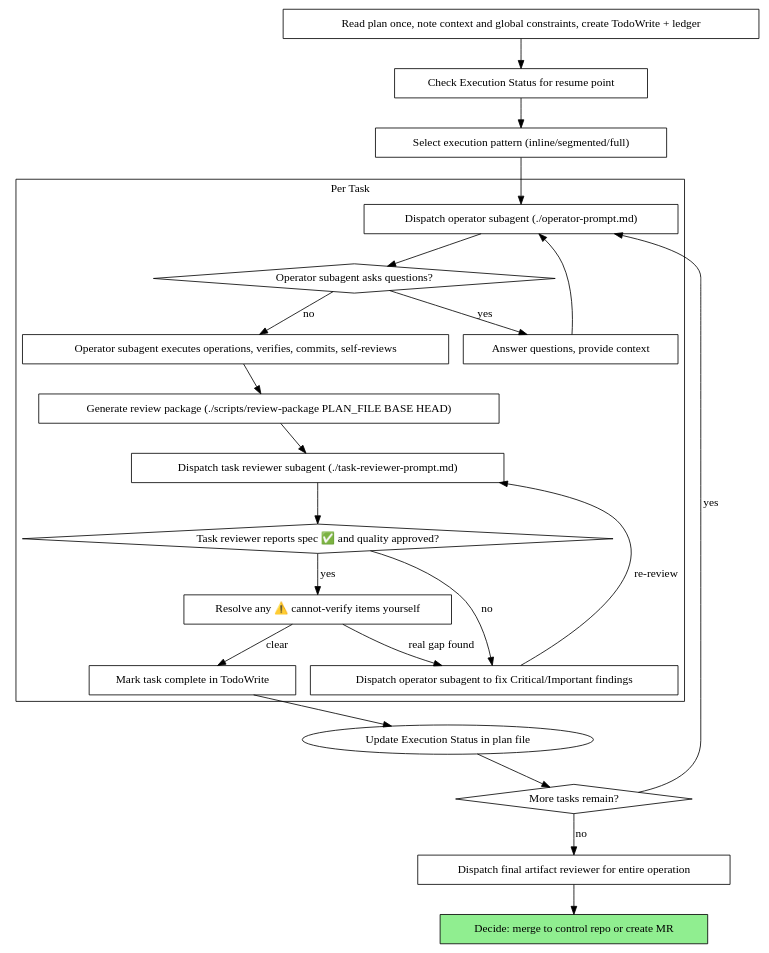
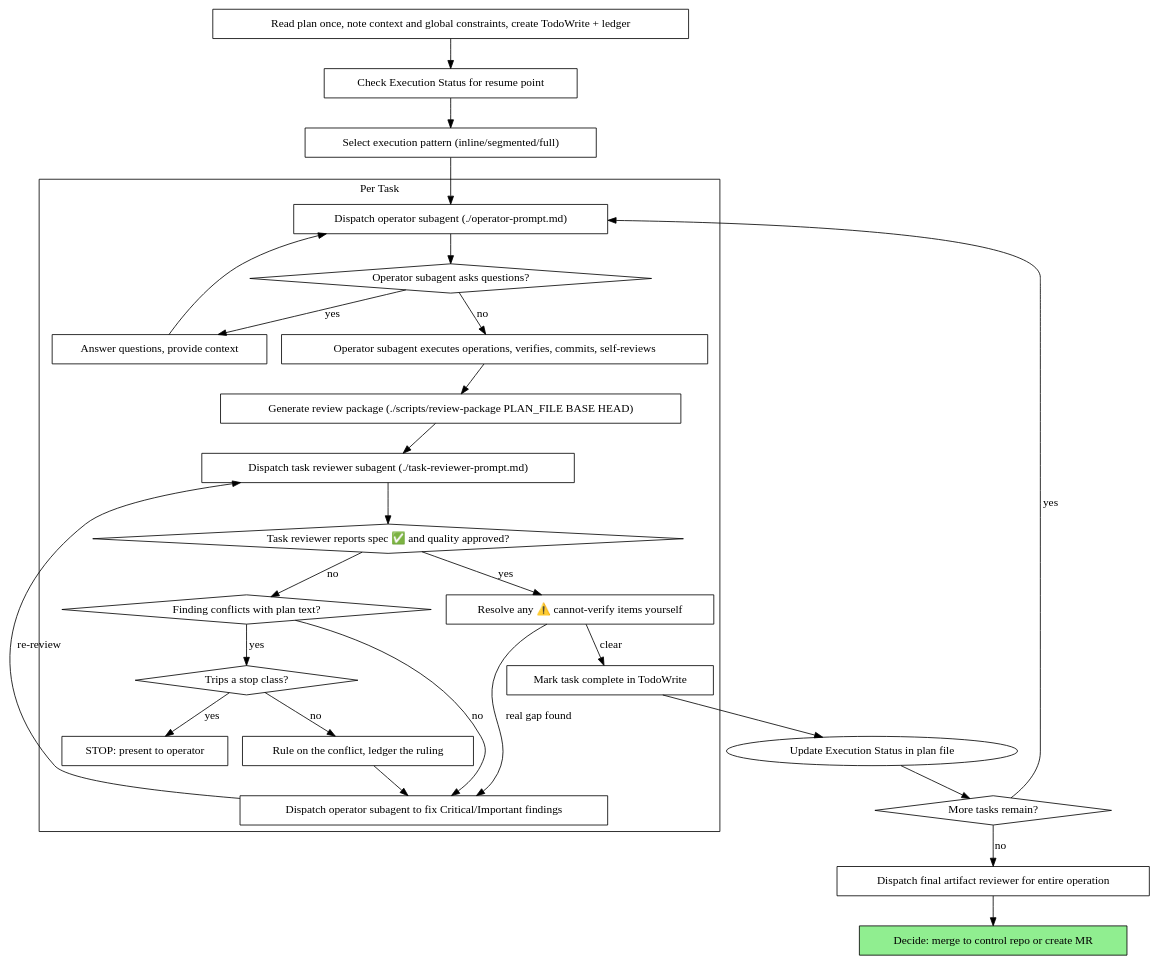
One commit to yg-codes/srepowers changed the second of 2 diagrams in plugins/srepowers-core/skills/subagent-driven-operation/SKILL.md. Above: the diagram before and after it, drawn with Graphviz. The commit also changed other lines of this file and 21 other files, not shown here.

````diff
--- a/plugins/srepowers-core/skills/subagent-driven-operation/SKILL.md
+++ b/plugins/srepowers-core/skills/subagent-driven-operation/SKILL.md
@@ -109,47 +126,56 @@
 ```dot
 digraph process {
     rankdir=TB;
 
     subgraph cluster_per_task {
         label="Per Task";
         "Dispatch operator subagent (./operator-prompt.md)" [shape=box];
         "Operator subagent asks questions?" [shape=diamond];
         "Answer questions, provide context" [shape=box];
         "Operator subagent executes operations, verifies, commits, self-reviews" [shape=box];
         "Generate review package (./scripts/review-package PLAN_FILE BASE HEAD)" [shape=box];
         "Dispatch task reviewer subagent (./task-reviewer-prompt.md)" [shape=box];
         "Task reviewer reports spec ✅ and quality approved?" [shape=diamond];
         "Resolve any ⚠️ cannot-verify items yourself" [shape=box];
         "Dispatch operator subagent to fix Critical/Important findings" [shape=box];
+        "Finding conflicts with plan text?" [shape=diamond];
+        "Trips a stop class?" [shape=diamond];
+        "Rule on the conflict, ledger the ruling" [shape=box];
+        "STOP: present to operator" [shape=box];
         "Mark task complete in TodoWrite" [shape=box];
     }
 
     "Read plan once, note context and global constraints, create TodoWrite + ledger" [shape=box];
     "Check Execution Status for resume point" [shape=box];
     "Select execution pattern (inline/segmented/full)" [shape=box];
     "More tasks remain?" [shape=diamond];
     "Dispatch final artifact reviewer for entire operation" [shape=box];
     "Decide: merge to control repo or create MR" [shape=box style=filled fillcolor=lightgreen];
 
     "Read plan once, note context and global constraints, create TodoWrite + ledger" -> "Check Execution Status for resume point";
     "Check Execution Status for resume point" -> "Select execution pattern (inline/segmented/full)";
     "Select execution pattern (inline/segmented/full)" -> "Dispatch operator subagent (./operator-prompt.md)";
     "Dispatch operator subagent (./operator-prompt.md)" -> "Operator subagent asks questions?";
     "Operator subagent asks questions?" -> "Answer questions, provide context" [label="yes"];
     "Answer questions, provide context" -> "Dispatch operator subagent (./operator-prompt.md)";
     "Operator subagent asks questions?" -> "Operator subagent executes operations, verifies, commits, self-reviews" [label="no"];
     "Operator subagent executes operations, verifies, commits, self-reviews" -> "Generate review package (./scripts/review-package PLAN_FILE BASE HEAD)";
     "Generate review package (./scripts/review-package PLAN_FILE BASE HEAD)" -> "Dispatch task reviewer subagent (./task-reviewer-prompt.md)";
     "Dispatch task reviewer subagent (./task-reviewer-prompt.md)" -> "Task reviewer reports spec ✅ and quality approved?";
-    "Task reviewer reports spec ✅ and quality approved?" -> "Dispatch operator subagent to fix Critical/Important findings" [label="no"];
+    "Task reviewer reports spec ✅ and quality approved?" -> "Finding conflicts with plan text?" [label="no"];
+    "Finding conflicts with plan text?" -> "Trips a stop class?" [label="yes"];
+    "Finding conflicts with plan text?" -> "Dispatch operator subagent to fix Critical/Important findings" [label="no"];
+    "Trips a stop class?" -> "STOP: present to operator" [label="yes"];
+    "Trips a stop class?" -> "Rule on the conflict, ledger the ruling" [label="no"];
+    "Rule on the conflict, ledger the ruling" -> "Dispatch operator subagent to fix Critical/Important findings";
     "Dispatch operator subagent to fix Critical/Important findings" -> "Dispatch task reviewer subagent (./task-reviewer-prompt.md)" [label="re-review"];
     "Task reviewer reports spec ✅ and quality approved?" -> "Resolve any ⚠️ cannot-verify items yourself" [label="yes"];
     "Resolve any ⚠️ cannot-verify items yourself" -> "Dispatch operator subagent to fix Critical/Important findings" [label="real gap found"];
     "Resolve any ⚠️ cannot-verify items yourself" -> "Mark task complete in TodoWrite" [label="clear"];
     "Mark task complete in TodoWrite" -> "Update Execution Status in plan file";
     "Update Execution Status in plan file" -> "More tasks remain?";
     "More tasks remain?" -> "Dispatch operator subagent (./operator-prompt.md)" [label="yes"];
     "More tasks remain?" -> "Dispatch final artifact reviewer for entire operation" [label="no"];
     "Dispatch final artifact reviewer for entire operation" -> "Decide: merge to control repo or create MR";
 }
 ```
````
